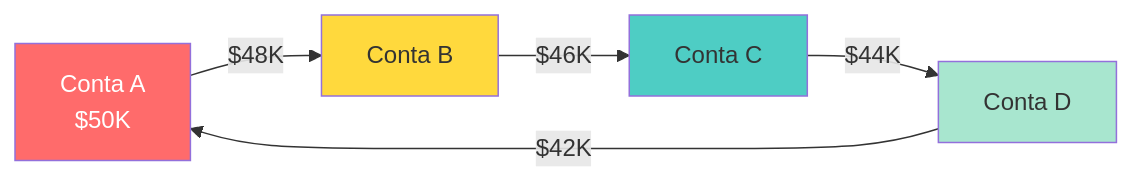
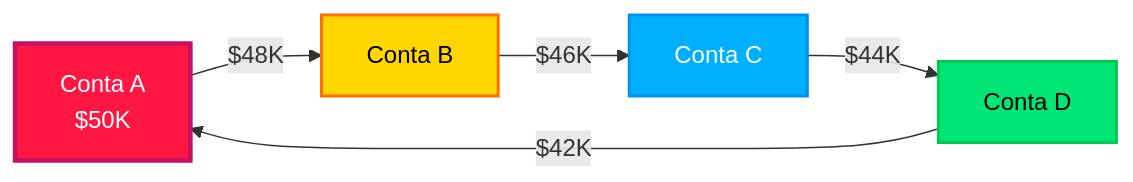
Before and after one commit to gregorizeidler/aml-graphs-detection-system: the sixth of 14 diagrams in README.md, drawn with Mermaid. The commit also changed other lines of this file, not shown here.

````diff
--- a/README.md
+++ b/README.md
@@ -215,12 +217,12 @@
 ```mermaid
 graph LR
     A[Conta A<br/>$50K] -->|$48K| B[Conta B]
     B -->|$46K| C[Conta C]
     C -->|$44K| D[Conta D]
     D -->|$42K| A
     
-    style A fill:#ff6b6b,color:#fff
-    style B fill:#ffd93d
-    style C fill:#4ecdc4
-    style D fill:#a8e6cf
+    style A fill:#FF1744,stroke:#C51162,stroke-width:3px,color:#fff
+    style B fill:#FFD600,stroke:#FF6F00,stroke-width:2px,color:#000
+    style C fill:#00B0FF,stroke:#0091EA,stroke-width:2px,color:#fff
+    style D fill:#00E676,stroke:#00C853,stroke-width:2px,color:#000
 ```
````
